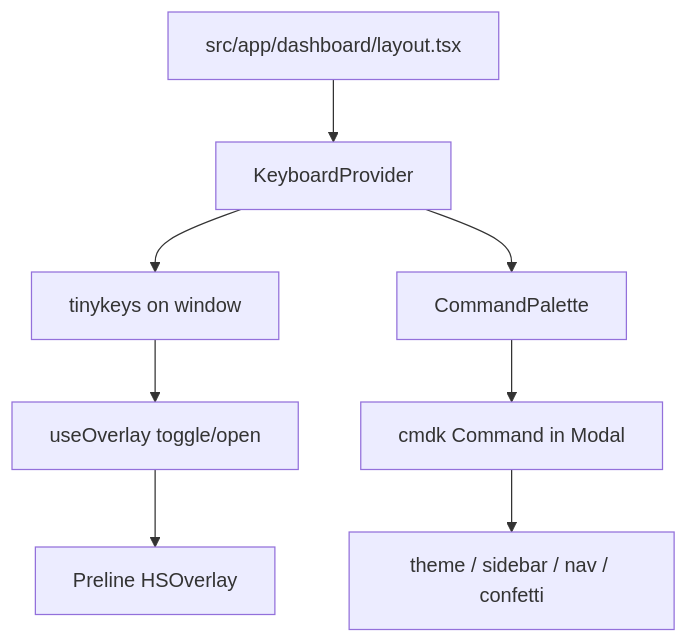
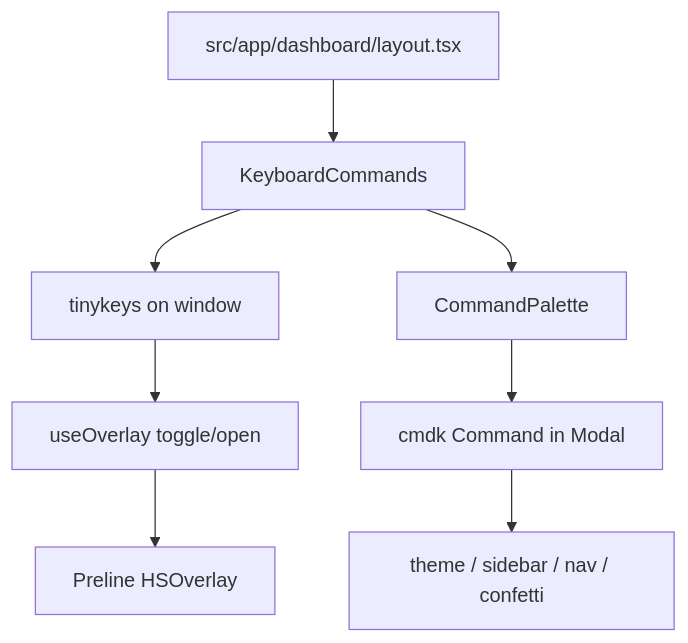
Before and after one commit to brandon-cercedo/root-next-template: the diagram in docs/keyboard-shortcuts.md, drawn with Mermaid. The commit also changed other lines of this file and 5 other files, not shown here.

Commit message:
feat: enhance keyboard shortcuts and command palette functionality

````diff
--- a/docs/keyboard-shortcuts.md
+++ b/docs/keyboard-shortcuts.md
@@ -56,10 +42,10 @@
 ```mermaid
 flowchart TD
-  Layout["src/app/dashboard/layout.tsx"] --> Provider["KeyboardProvider"]
-  Provider --> Tinykeys["tinykeys on window"]
-  Provider --> Palette["CommandPalette"]
+  Layout["src/app/dashboard/layout.tsx"] --> Commands["KeyboardCommands"]
+  Commands --> Tinykeys["tinykeys on window"]
+  Commands --> Palette["CommandPalette"]
   Tinykeys --> Overlay["useOverlay toggle/open"]
   Palette --> Cmdk["cmdk Command in Modal"]
   Cmdk --> Actions["theme / sidebar / nav / confetti"]
   Overlay --> Preline["Preline HSOverlay"]
 ```
````
